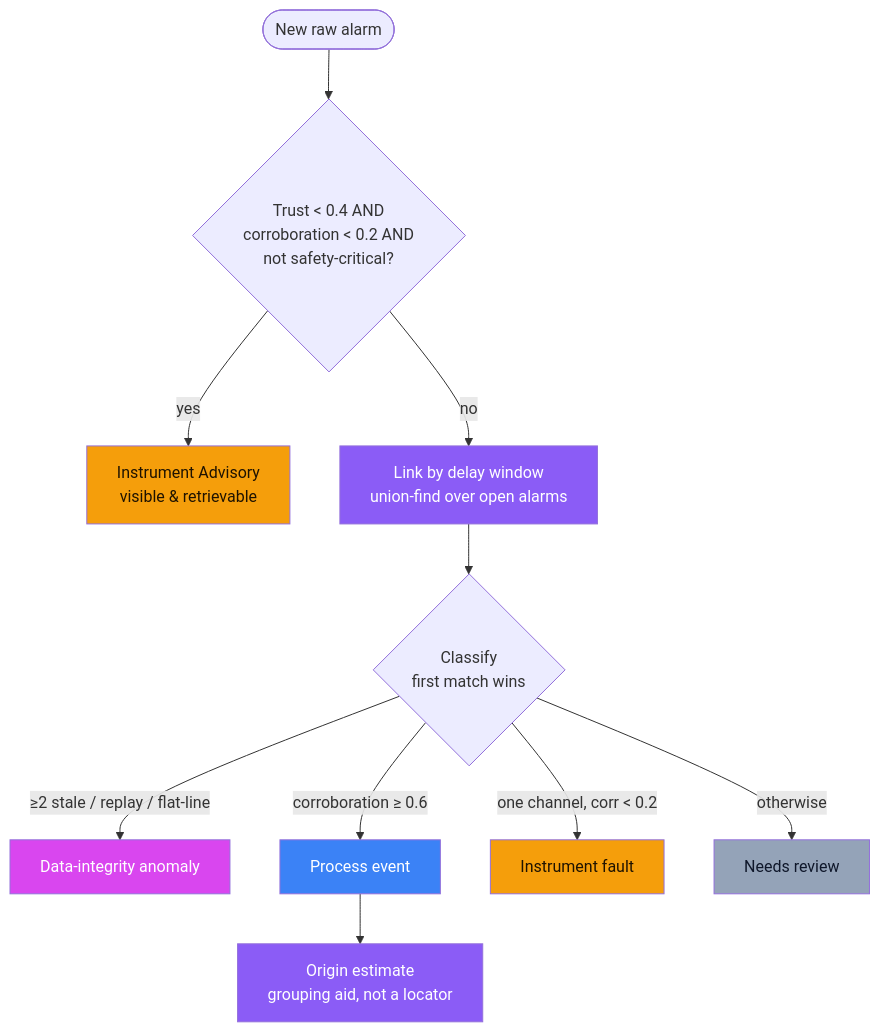
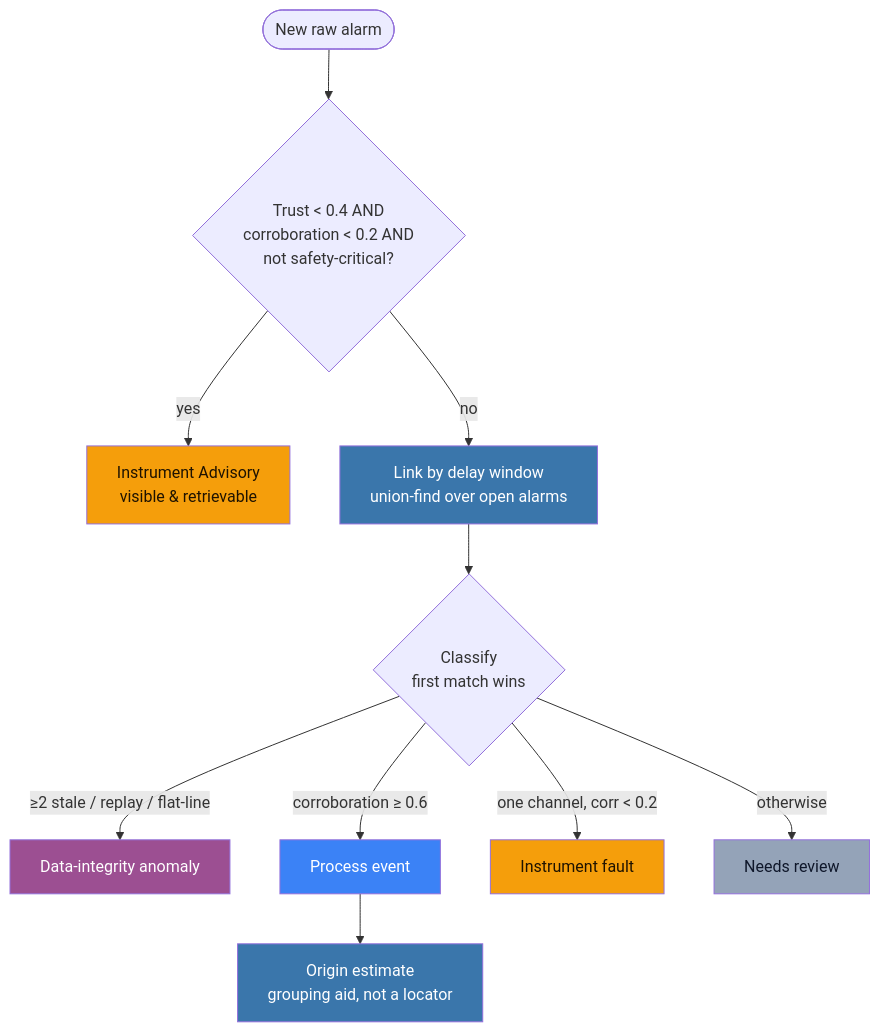
One commit to kiruthikpurpose/DeltaTrace changed the sixth of 8 diagrams in README.md. Above: the diagram before and after it, drawn with Mermaid. The commit also changed other lines of this file and 29 other files, not shown here.

First line of the commit message:
Redesign: neutral SCADA palette, diagram fixes, responsive layout, PDF reports

````diff
--- a/README.md
+++ b/README.md
@@ -160,17 +160,17 @@
 ```mermaid
 flowchart TD
   S([New raw alarm]) --> Q{Trust &lt; 0.4 AND<br/>corroboration &lt; 0.2 AND<br/>not safety-critical?}
   Q -->|yes| ADV[ Instrument Advisory<br/>visible &amp; retrievable]:::warn
   Q -->|no| LNK[Link by delay window<br/>union-find over open alarms]:::group
   LNK --> CL{Classify<br/>first match wins}
   CL -->|"≥2 stale / replay / flat-line"| DI[ Data-integrity anomaly]:::di
   CL -->|"corroboration ≥ 0.6"| PE[ Process event]:::pe
   CL -->|"one channel, corr &lt; 0.2"| IF[ Instrument fault]:::warn
   CL -->|otherwise| NR[ Needs review]:::nr
   PE --> OR[Origin estimate<br/>grouping aid, not a locator]:::group
   classDef warn fill:#f59e0b,color:#1f1300
-  classDef group fill:#8b5cf6,color:#fff
-  classDef di fill:#d946ef,color:#fff
+  classDef group fill:#3a76ab,color:#fff
+  classDef di fill:#9c4f92,color:#fff
   classDef pe fill:#3b82f6,color:#fff
   classDef nr fill:#94a3b8,color:#0f172a
 ```
````
